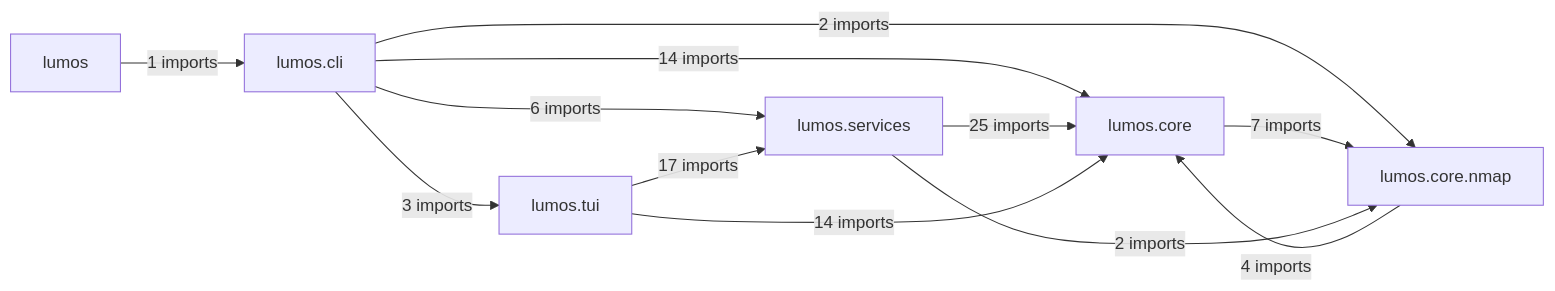
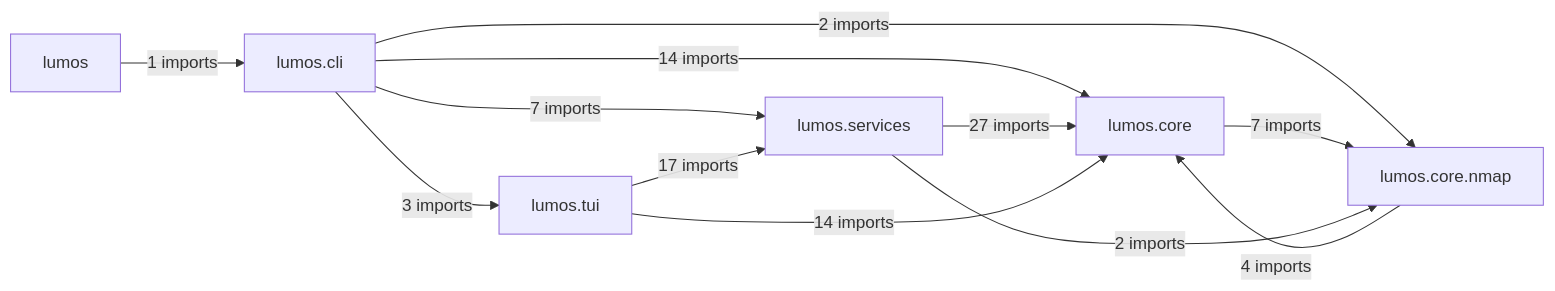
The diagram in docs/architecture/modules.md (lko47/lumos), drawn with Mermaid before and after one commit. The commit also changed other lines of this file and 4 other files, not shown here.

````diff
--- a/docs/architecture/modules.md
+++ b/docs/architecture/modules.md
@@ -7,20 +7,20 @@
 ```mermaid
 flowchart LR
     P0["lumos"]
     P1["lumos.cli"]
     P2["lumos.core"]
     P3["lumos.core.nmap"]
     P4["lumos.services"]
     P5["lumos.tui"]
     P0 -->|"1 imports"| P1
     P1 -->|"14 imports"| P2
     P1 -->|"2 imports"| P3
-    P1 -->|"6 imports"| P4
+    P1 -->|"7 imports"| P4
     P1 -->|"3 imports"| P5
     P2 -->|"7 imports"| P3
     P3 -->|"4 imports"| P2
-    P4 -->|"25 imports"| P2
+    P4 -->|"27 imports"| P2
     P4 -->|"2 imports"| P3
     P5 -->|"14 imports"| P2
     P5 -->|"17 imports"| P4
 ```
````
